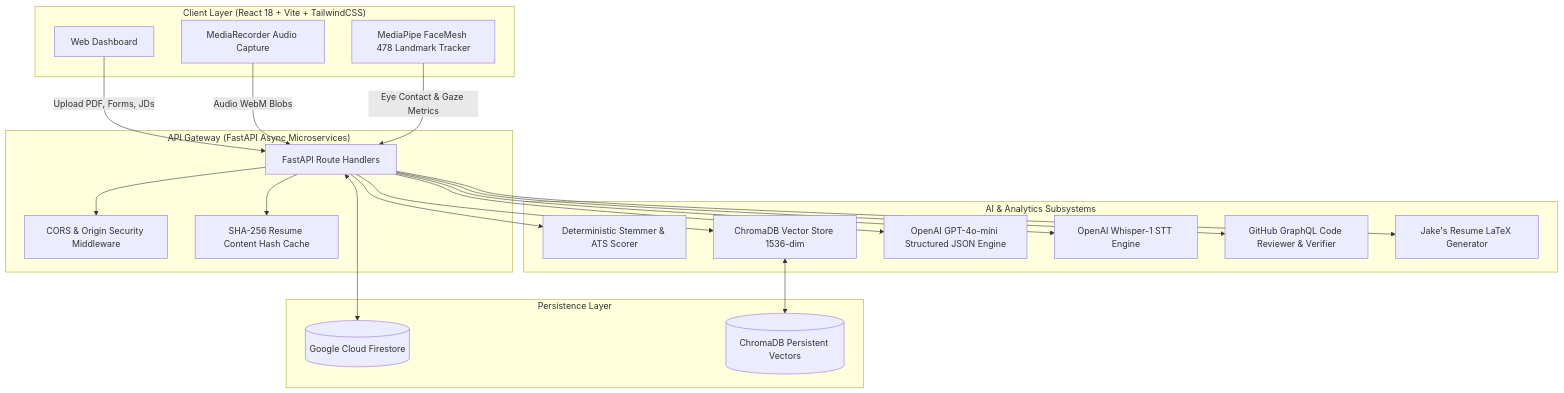
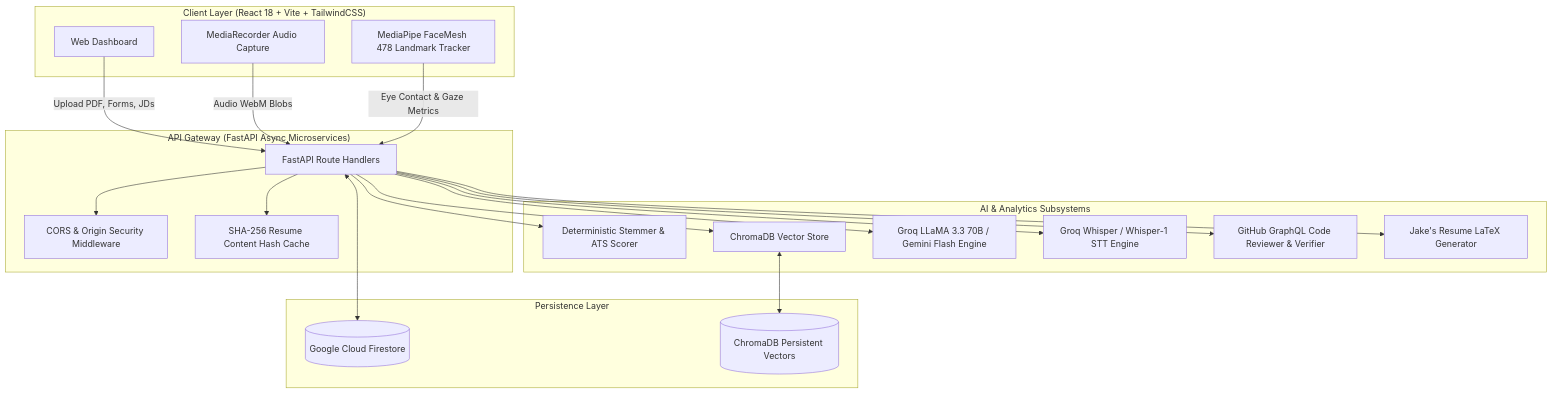
The diagram in README.md (HarrisWarner04/BinaryBattle2026BugBiceps), drawn with Mermaid before and after one commit. The commit also changed other lines of this file, not shown here.

Commit message:
Update README with live domain, recruiter showcase, and multi-provider architecture

````diff
--- a/README.md
+++ b/README.md
@@ -49,44 +69,44 @@
 ```mermaid
 flowchart TB
     subgraph Client ["Client Layer (React 18 + Vite + TailwindCSS)"]
         UI[Web Dashboard]
         Cam[MediaPipe FaceMesh 478 Landmark Tracker]
         Mic[MediaRecorder Audio Capture]
     end
 
     subgraph API ["API Gateway (FastAPI Async Microservices)"]
         Router[FastAPI Route Handlers]
         CORS[CORS & Origin Security Middleware]
         Cache[SHA-256 Resume Content Hash Cache]
     end
 
     subgraph AI_Engines ["AI & Analytics Subsystems"]
         ATS[Deterministic Stemmer & ATS Scorer]
-        RAG[ChromaDB Vector Store 1536-dim]
-        LLM[OpenAI GPT-4o-mini Structured JSON Engine]
-        Whisper[OpenAI Whisper-1 STT Engine]
+        RAG[ChromaDB Vector Store]
+        LLM[Groq LLaMA 3.3 70B / Gemini Flash Engine]
+        Whisper[Groq Whisper / Whisper-1 STT Engine]
         GH[GitHub GraphQL Code Reviewer & Verifier]
         Latex[Jake's Resume LaTeX Generator]
     end
 
     subgraph Data ["Persistence Layer"]
         Firestore[(Google Cloud Firestore)]
         ChromaStore[(ChromaDB Persistent Vectors)]
     end
 
     UI -->|Upload PDF, Forms, JDs| Router
     Mic -->|Audio WebM Blobs| Router
     Cam -->|Eye Contact & Gaze Metrics| Router
 
     Router --> CORS
     Router --> Cache
     Router --> ATS
     Router --> RAG
     Router --> LLM
     Router --> Whisper
     Router --> GH
     Router --> Latex
 
     RAG <--> ChromaStore
     Router <--> Firestore
 ```
````
